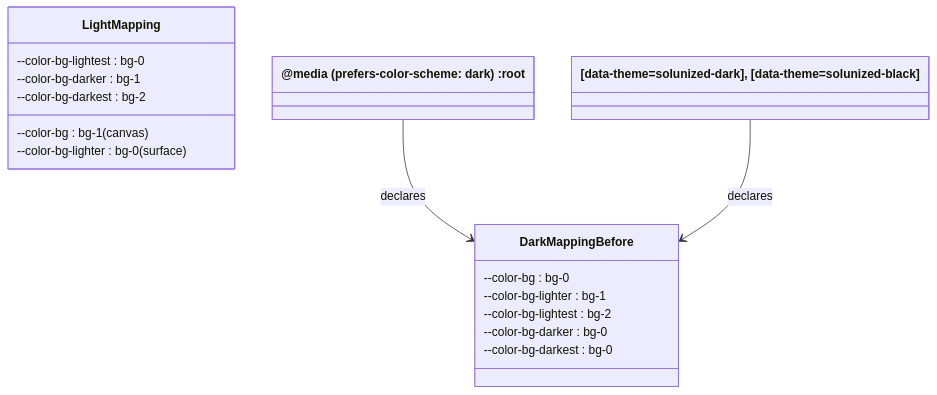
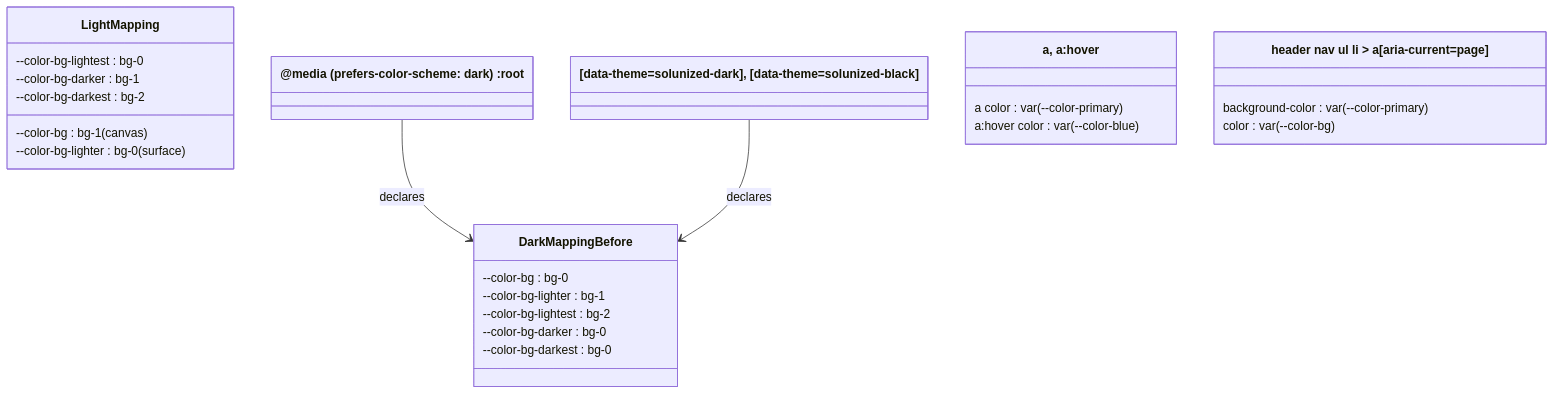
The first of 3 diagrams in docs/changes/dark-surfaces-darker-than-canvas/plan.md (eirvandelden/MVPA.css), drawn with Mermaid before and after one commit. The commit also changed other lines of this file and 1 other file, not shown here.

````diff
--- a/docs/changes/dark-surfaces-darker-than-canvas/plan.md
+++ b/docs/changes/dark-surfaces-darker-than-canvas/plan.md
@@ -23,21 +29,29 @@
 ```mermaid
 classDiagram
   class LightMapping {
     --color-bg : bg-1 (canvas)
     --color-bg-lighter : bg-0 (surface)
     --color-bg-lightest : bg-0
     --color-bg-darker : bg-1
     --color-bg-darkest : bg-2
   }
   class DarkMappingBefore {
     --color-bg : bg-0
     --color-bg-lighter : bg-1
     --color-bg-lightest : bg-2
     --color-bg-darker : bg-0
     --color-bg-darkest : bg-0
   }
   class SystemDarkRoot["@media (prefers-color-scheme: dark) :root"]
   class SolunizedDarkBlack["[data-theme=solunized-dark], [data-theme=solunized-black]"]
+  class LinkRuleBefore["a, a:hover"] {
+    a color : var(--color-primary)
+    a:hover color : var(--color-blue)
+  }
+  class CurrentPageBefore["header nav ul li > a[aria-current=page]"] {
+    background-color : var(--color-primary)
+    color : var(--color-bg)
+  }
   SystemDarkRoot --> DarkMappingBefore : declares
   SolunizedDarkBlack --> DarkMappingBefore : declares
 ```
````
